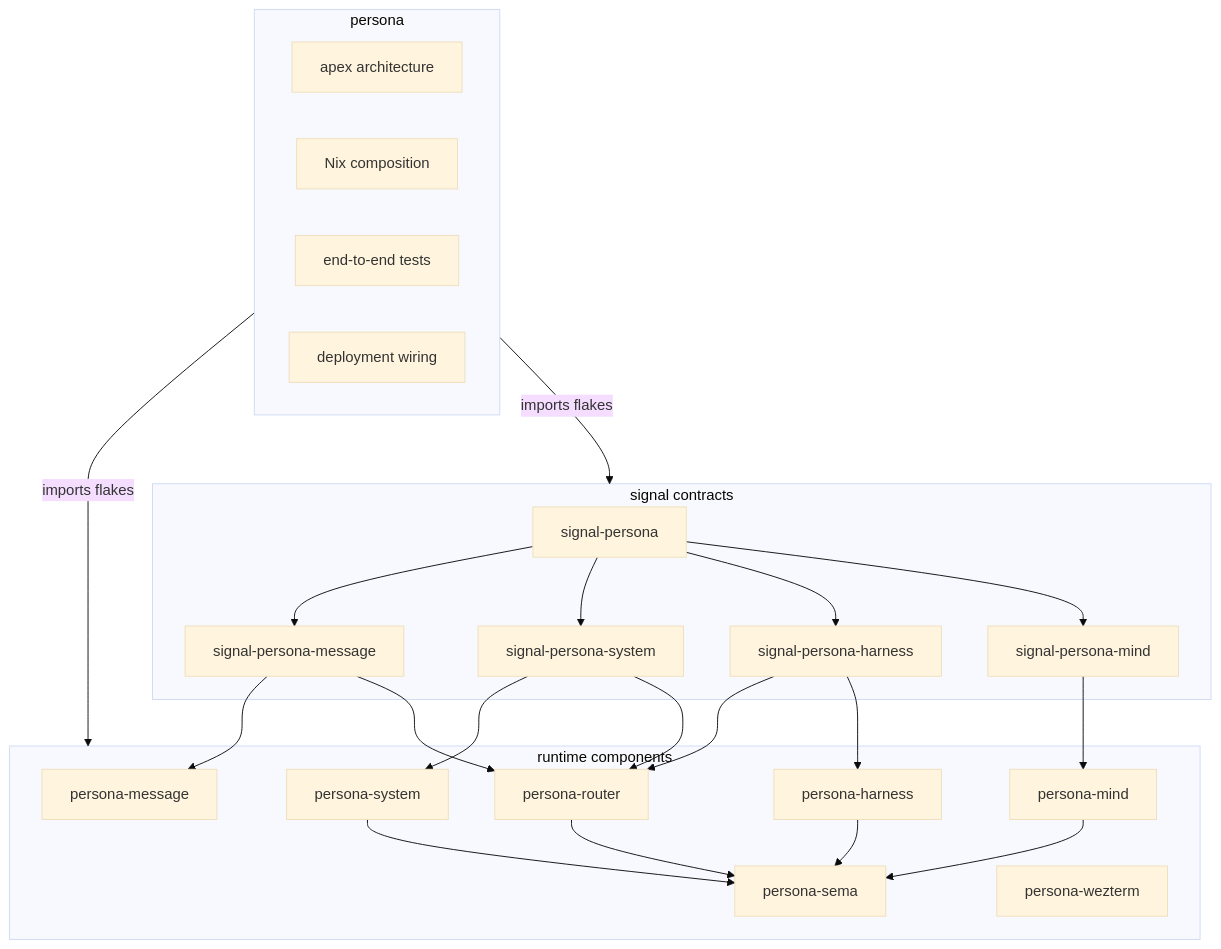
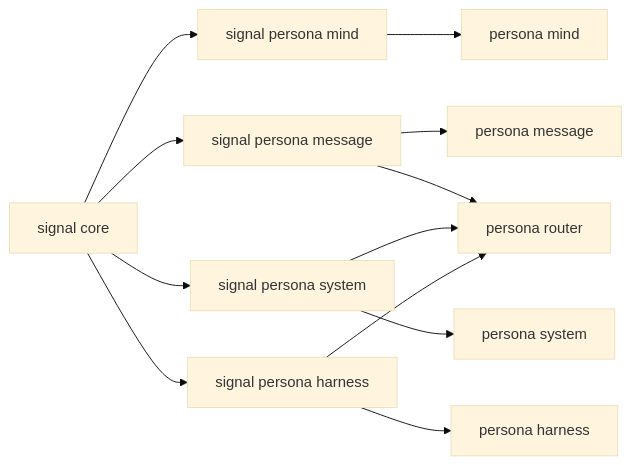
Before and after one commit to LiGoldragon/persona: the second of 6 diagrams in ARCHITECTURE.md, drawn with Mermaid (base theme). The commit also changed other lines of this file, not shown here.

Commit message:
docs: define command-line mind architecture

````diff
--- a/ARCHITECTURE.md
+++ b/ARCHITECTURE.md
@@ -32,48 +66,14 @@
 ```mermaid
-flowchart TB
-    subgraph apex["persona"]
-        architecture["apex architecture"]
-        nix["Nix composition"]
-        tests["end-to-end tests"]
-        deployment["deployment wiring"]
-    end
-
-    subgraph contracts["signal contracts"]
-        umbrella["signal-persona"]
-        message_contract["signal-persona-message"]
-        system_contract["signal-persona-system"]
-        harness_contract["signal-persona-harness"]
-        mind_contract["signal-persona-mind"]
-    end
-
-    subgraph runtime["runtime components"]
-        message["persona-message"]
-        router["persona-router"]
-        sema["persona-sema"]
-        system["persona-system"]
-        harness["persona-harness"]
-        wezterm["persona-wezterm"]
-        mind["persona-mind"]
-    end
-
-    apex -->|imports flakes| runtime
-    apex -->|imports flakes| contracts
-
-    umbrella --> message_contract
-    umbrella --> system_contract
-    umbrella --> harness_contract
-    umbrella --> mind_contract
-
-    message_contract --> message
-    message_contract --> router
-    system_contract --> system
+flowchart LR
+    signal_core[signal core] --> mind_contract[signal persona mind]
+    signal_core --> message_contract[signal persona message]
+    signal_core --> system_contract[signal persona system]
+    signal_core --> harness_contract[signal persona harness]
+    mind_contract --> mind[persona mind]
+    message_contract --> message[persona message]
+    message_contract --> router[persona router]
+    system_contract --> system[persona system]
     system_contract --> router
     harness_contract --> router
-    harness_contract --> harness
-    mind_contract --> mind
-
-    router --> sema
-    mind --> sema
-    harness --> sema
-    system --> sema
+    harness_contract --> harness[persona harness]
 ```
````
